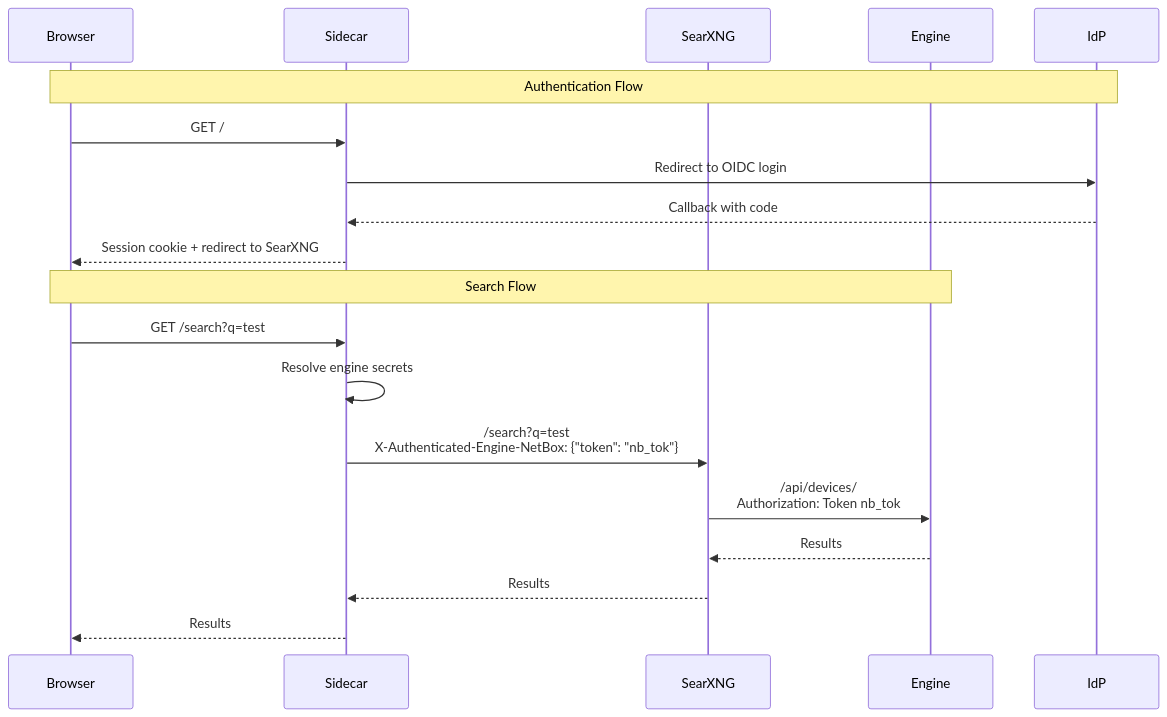
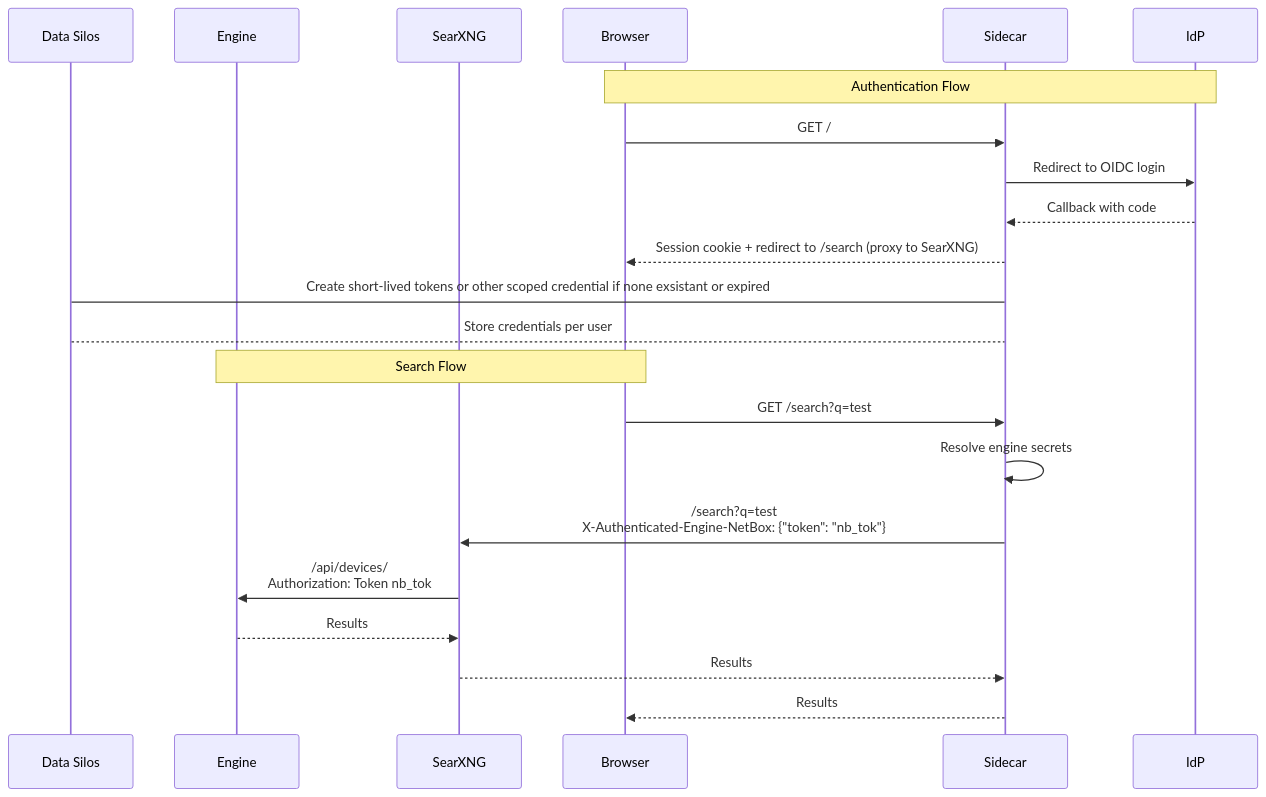
The diagram in README.md (crufty-clanker/searxng-sidecar-auth), drawn with Mermaid before and after one commit. The commit also changed other lines of this file and 1 other file, not shown here.

Commit message:
docs: refine architectire diagram

````diff
--- a/README.md
+++ b/README.md
@@ -19,23 +19,27 @@
 ```mermaid
 sequenceDiagram
+    participant Data Silos
+    participant Engine
+    participant SearXNG
     participant Browser
     participant Sidecar
-    participant SearXNG
-    participant Engine
     participant IdP
 
     Note over Browser,IdP: Authentication Flow
     Browser->>Sidecar: GET /
     Sidecar->>IdP: Redirect to OIDC login
     IdP-->>Sidecar: Callback with code
-    Sidecar-->>Browser: Session cookie + redirect to SearXNG
+    Sidecar-->>Browser: Session cookie + redirect to /search (proxy to SearXNG)
+
+    Sidecar->Data Silos: Create short-lived tokens or other scoped credential if none exsistant or expired
+    Data Silos-->Sidecar: Store credentials per user
 
     Note over Browser,Engine: Search Flow
     Browser->>Sidecar: GET /search?q=test
     Sidecar->>Sidecar: Resolve engine secrets
     Sidecar->>SearXNG: /search?q=test<br/>X-Authenticated-Engine-NetBox: {"token": "nb_tok"}
     SearXNG->>Engine: /api/devices/<br/>Authorization: Token nb_tok
     Engine-->>SearXNG: Results
     SearXNG-->>Sidecar: Results
     Sidecar-->>Browser: Results
 ```
````
